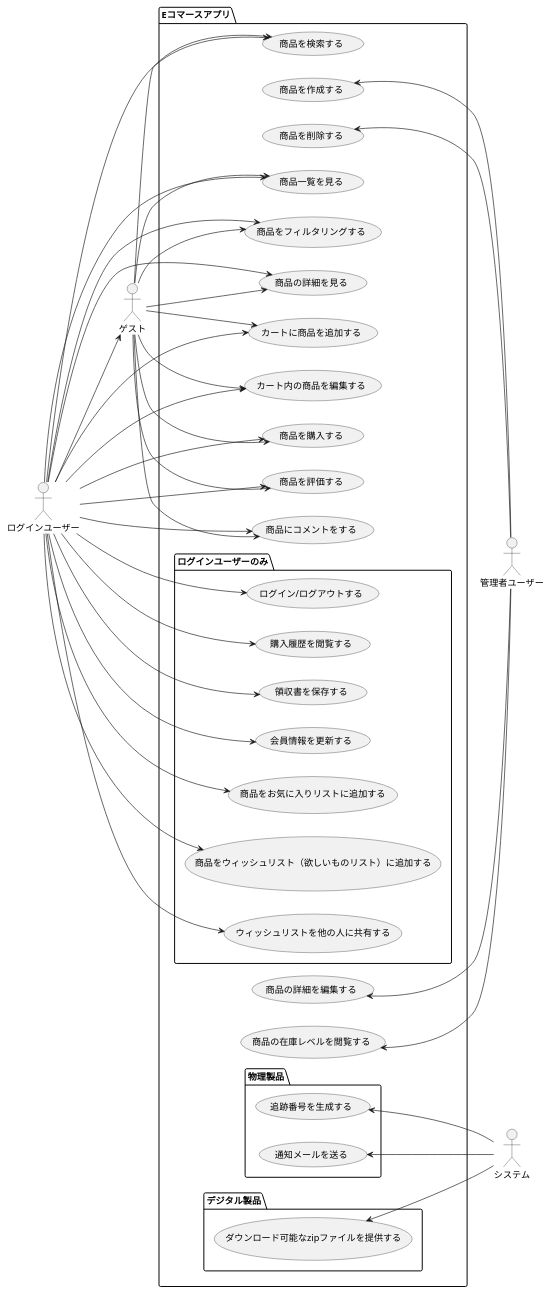
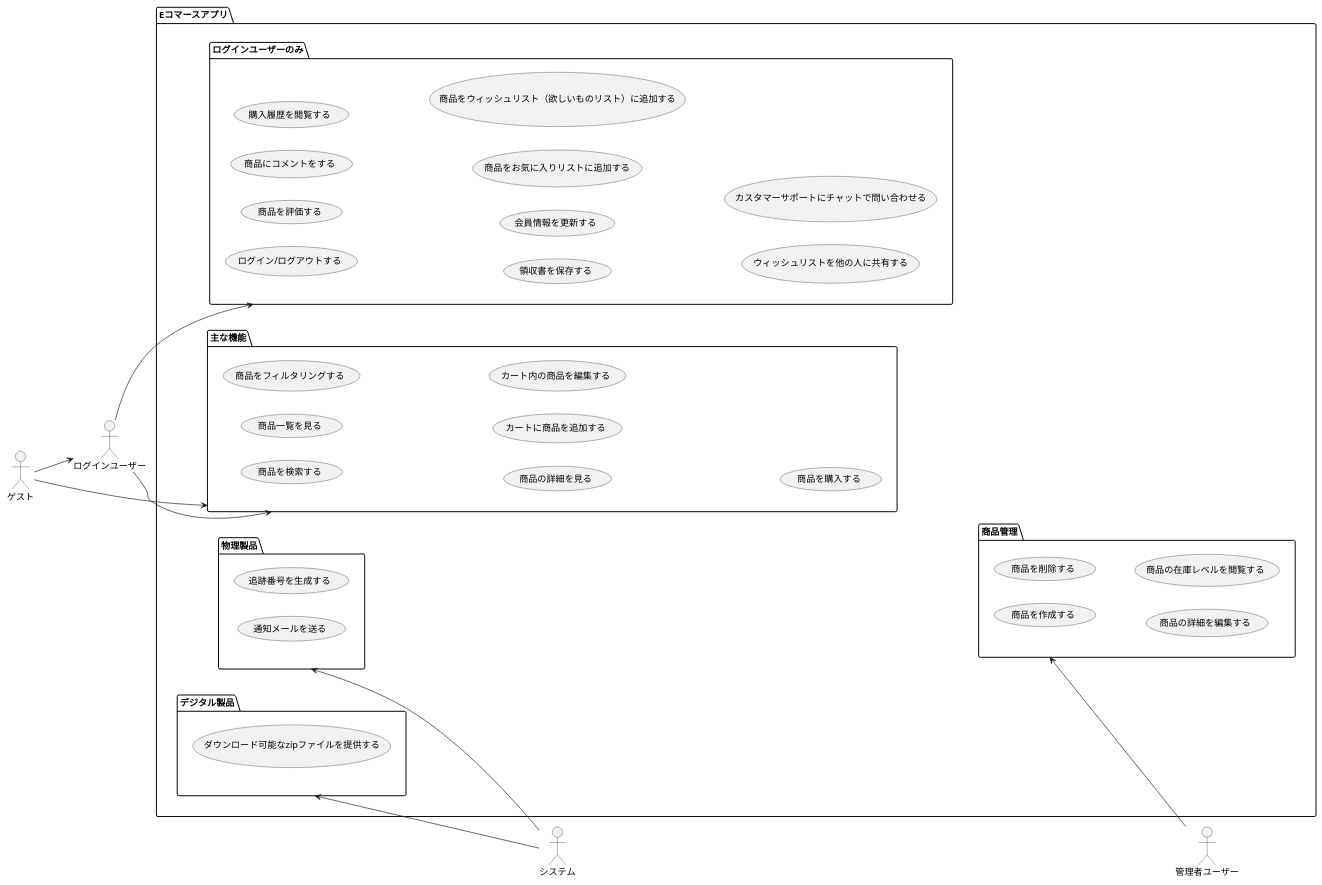
One commit to recursion-backend-projects/dev-log changed the diagram in usecase.pu. Above: the diagram before and after it, drawn with PlantUML.

Commit message:
packageを増やした

```diff
--- a/usecase.pu
+++ b/usecase.pu
@@ -1,82 +1,65 @@
 @startuml usecase
 left to right direction
 actor ログインユーザー as loginUser
 actor ゲスト as guest
 actor 管理者ユーザー as admin
 actor システム as system
 
 package Eコマースアプリ{
-(商品を検索する) as searchProducts
-(商品一覧を見る) as viewProducts
-(商品をフィルタリングする) as fiterProducts
-(商品の詳細を見る) as viewProductDetails
-(カートに商品を追加する) as addProductToCart
-(カート内の商品を編集する) as editProductInCart
-(商品を購入する) as purchaseProduct
-(商品を評価する) as rateProduct
-(商品にコメントをする) as commentToProduct
 
-package ログインユーザーのみ{
-    (ログイン/ログアウトする) as loginLogout
-    (購入履歴を閲覧する) as viewPurchaseHistory
-    (領収書を保存する) as saveRecipt
-    (会員情報を更新する) as updateCustomerInfo
-    (商品をお気に入りリストに追加する) as addProductToFavoriteList
-    (商品をウィッシュリスト（欲しいものリスト）に追加する) as addProductToWishList
-    (ウィッシュリストを他の人に共有する) as shareWishList
+    package 主な機能{
+        (商品を検索する) as searchProducts
+        (商品一覧を見る) as viewProducts
+        (商品をフィルタリングする) as fiterProducts
+        (商品の詳細を見る) as viewProductDetails
+        (カートに商品を追加する) as addProductToCart
+        (カート内の商品を編集する) as editProductInCart
+        (商品を購入する) as purchaseProduct
+    }
+
+
+    package ログインユーザーのみ{
+        (ログイン/ログアウトする) as loginLogout
+        (商品を評価する) as rateProduct
+        (商品にコメントをする) as commentToProduct
+        (購入履歴を閲覧する) as viewPurchaseHistory
+        (領収書を保存する) as saveRecipt
+        (会員情報を更新する) as updateCustomerInfo
+        (商品をお気に入りリストに追加する) as addProductToFavoriteList
+        (商品をウィッシュリスト（欲しいものリスト）に追加する) as addProductToWishList
+        (ウィッシュリストを他の人に共有する) as shareWishList
+        (カスタマーサポートにチャットで問い合わせる) as chat
+    }
+
+    package 商品管理{
+        (商品を作成する) as addProduct
+        (商品を削除する) as removeProduct
+        (商品の詳細を編集する) as editProductDetails
+        (商品の在庫レベルを閲覧する) as checkProductInventory
+    }
+
+
+    package 物理製品{
+        (追跡番号を生成する) as generateTrackingNumber
+        (通知メールを送る) as sendOrderNotification
+    }
+
+    package デジタル製品{
+        (ダウンロード可能なzipファイルを提供する) as provideZipfile
+    }
+
 }
 
 
-(商品を作成する) as addProduct
-(商品を削除する) as removeProduct
-(商品の詳細を編集する) as editProductDetails
-(商品の在庫レベルを閲覧する) as checkProductInventory
+loginUser --> ログインユーザーのみ
+loginUser --> 主な機能
 
-package 物理製品{
-    (追跡番号を生成する) as generateTrackingNumber
-    (通知メールを送る) as sendOrderNotification
-}
+guest --> loginUser
+guest --> 主な機能
 
-package デジタル製品{
-    (ダウンロード可能なzipファイルを提供する) as provideZipfile
-}
+商品管理 <-- admin
 
-}
+物理製品 <-- system
+デジタル製品 <-- system
 
-loginUser --> guest
-loginUser --> searchProducts
-loginUser --> viewProducts
-loginUser --> fiterProducts
-loginUser --> viewProductDetails
-loginUser --> addProductToCart
-loginUser --> editProductInCart
-loginUser --> purchaseProduct
-loginUser --> rateProduct
-loginUser --> commentToProduct
-loginUser --> loginLogout
-loginUser --> viewPurchaseHistory
-loginUser --> saveRecipt
-loginUser --> updateCustomerInfo
-loginUser --> addProductToFavoriteList
-loginUser --> addProductToWishList
-loginUser --> shareWishList
-
-guest --> searchProducts
-guest --> viewProducts
-guest --> fiterProducts
-guest --> viewProductDetails
-guest --> addProductToCart
-guest --> editProductInCart
-guest --> purchaseProduct
-guest --> rateProduct
-guest --> commentToProduct
-
-addProduct <-- admin
-removeProduct <-- admin
-editProductDetails <-- admin
-checkProductInventory <-- admin
-
-generateTrackingNumber <-- system
-sendOrderNotification <-- system
-provideZipfile <-- system
 @enduml
```
